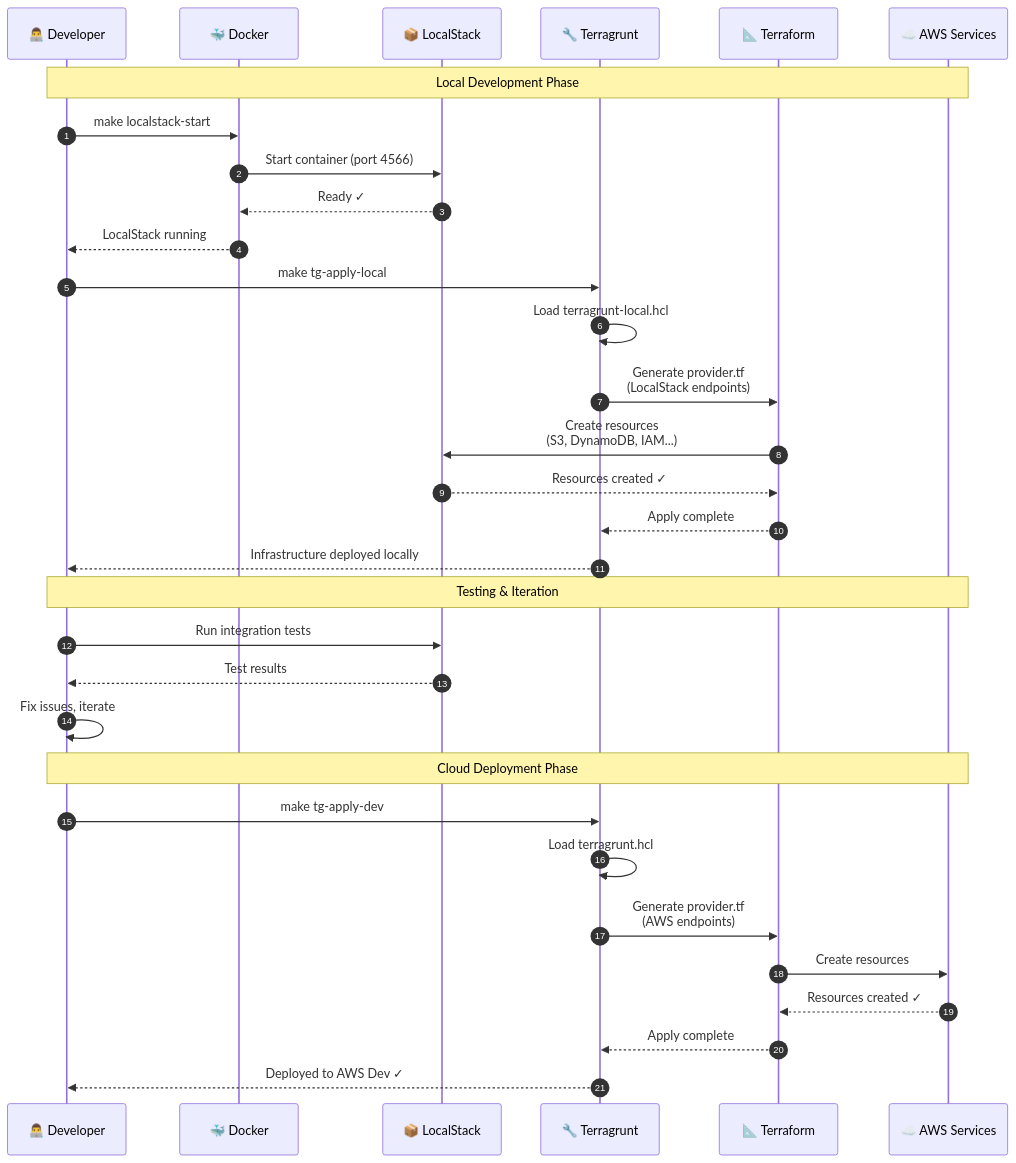
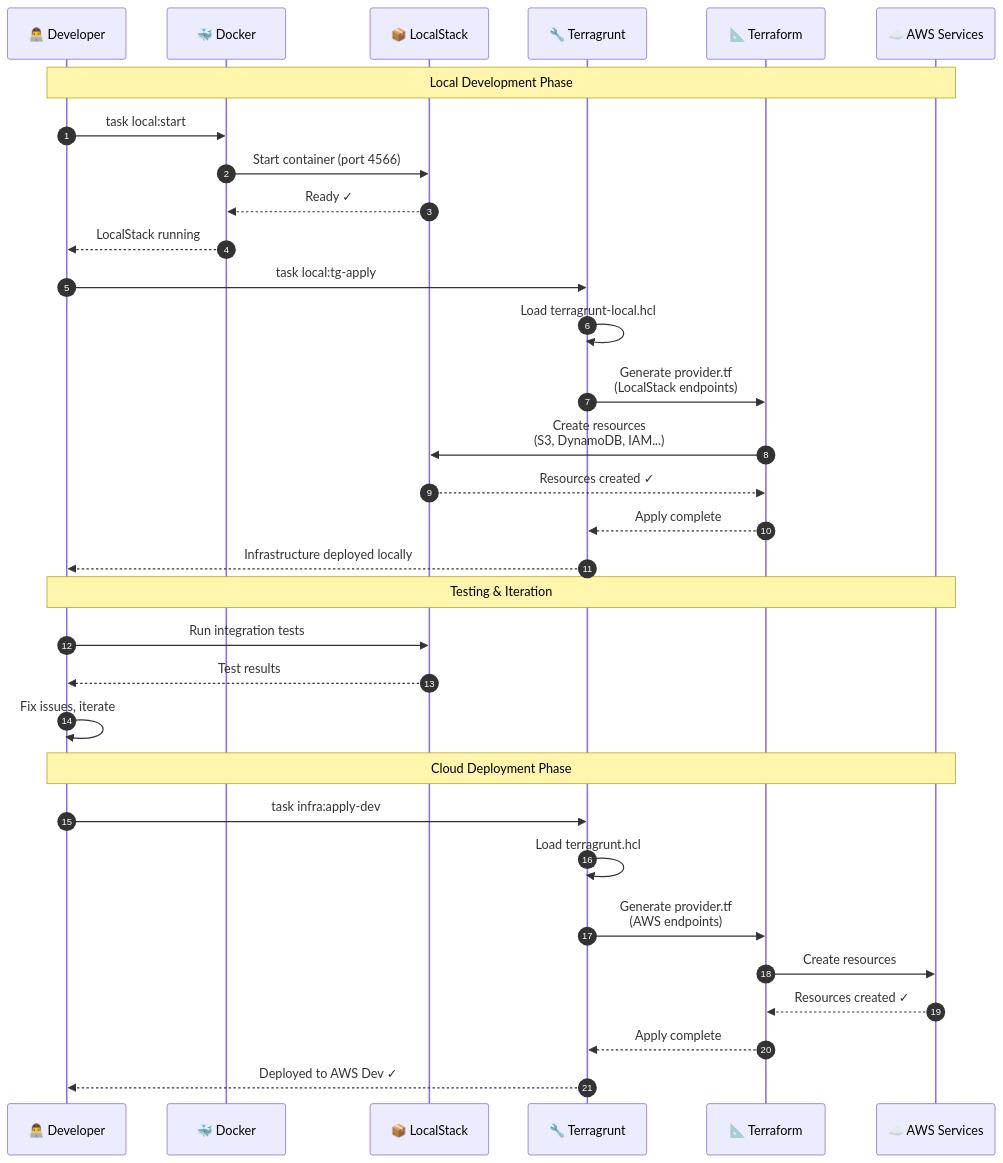
The second of 3 diagrams in docs/development/localstack.md (zhiweio/redshift-spectra), drawn with Mermaid before and after one commit. The commit also changed other lines of this file and 19 other files, not shown here.

````diff
--- a/docs/development/localstack.md
+++ b/docs/development/localstack.md
@@ -166,41 +166,41 @@
 ```mermaid
 sequenceDiagram
     autonumber
     participant Dev as 👨‍💻 Developer
     participant Docker as 🐳 Docker
     participant LS as 📦 LocalStack
     participant TG as 🔧 Terragrunt
     participant TF as 📐 Terraform
     participant AWS as ☁️ AWS Services
 
     Note over Dev,AWS: Local Development Phase
 
-    Dev->>Docker: make localstack-start
+    Dev->>Docker: task local:start
     Docker->>LS: Start container (port 4566)
     LS-->>Docker: Ready ✓
     Docker-->>Dev: LocalStack running
 
-    Dev->>TG: make tg-apply-local
+    Dev->>TG: task local:tg-apply
     TG->>TG: Load terragrunt-local.hcl
     TG->>TF: Generate provider.tf<br/>(LocalStack endpoints)
     TF->>LS: Create resources<br/>(S3, DynamoDB, IAM...)
     LS-->>TF: Resources created ✓
     TF-->>TG: Apply complete
     TG-->>Dev: Infrastructure deployed locally
 
     Note over Dev,AWS: Testing & Iteration
 
     Dev->>LS: Run integration tests
     LS-->>Dev: Test results
     Dev->>Dev: Fix issues, iterate
 
     Note over Dev,AWS: Cloud Deployment Phase
 
-    Dev->>TG: make tg-apply-dev
+    Dev->>TG: task infra:apply-dev
     TG->>TG: Load terragrunt.hcl
     TG->>TF: Generate provider.tf<br/>(AWS endpoints)
     TF->>AWS: Create resources
     AWS-->>TF: Resources created ✓
     TF-->>TG: Apply complete
     TG-->>Dev: Deployed to AWS Dev ✓
 ```
````
